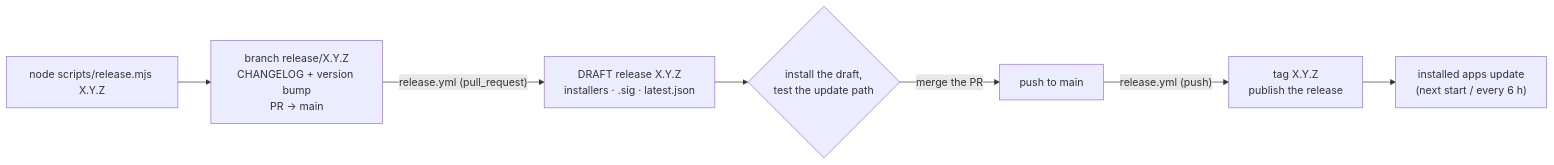
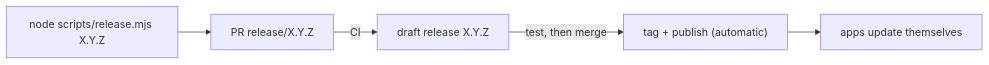
Before and after one commit to henrykbrzoska/bebok: the diagram in CONTRIBUTING.md, drawn with Mermaid. The commit also changed other lines of this file and 3 other files, not shown here.

````diff
--- a/CONTRIBUTING.md
+++ b/CONTRIBUTING.md
@@ -29,9 +17,7 @@
 ```mermaid
 flowchart LR
-    A["node scripts/release.mjs X.Y.Z"] --> B["branch release/X.Y.Z<br/>CHANGELOG + version bump<br/>PR → main"]
-    B -->|"release.yml (pull_request)"| C["DRAFT release X.Y.Z<br/>installers · .sig · latest.json"]
-    C --> D{"install the draft,<br/>test the update path"}
-    D -->|"merge the PR"| E["push to main"]
-    E -->|"release.yml (push)"| F["tag X.Y.Z<br/>publish the release"]
-    F --> G["installed apps update<br/>(next start / every 6 h)"]
+    A["node scripts/release.mjs X.Y.Z"] --> B["PR release/X.Y.Z"]
+    B -->|CI| C["draft release X.Y.Z"]
+    C -->|test, then merge| D["tag + publish (automatic)"]
+    D --> E["apps update themselves"]
 ```
````
